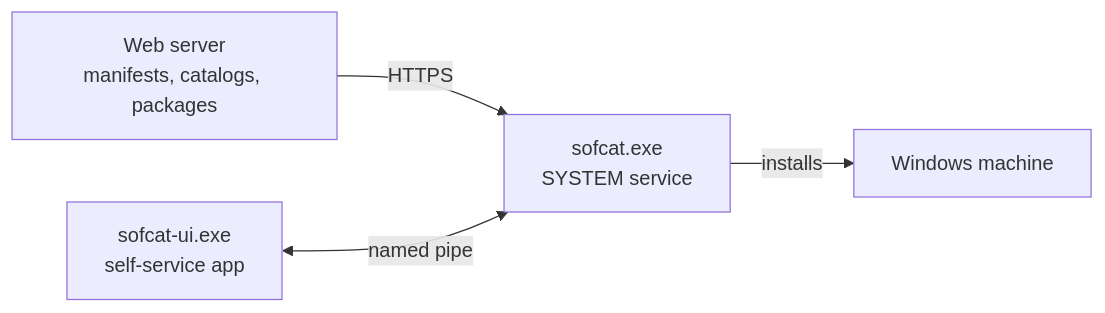
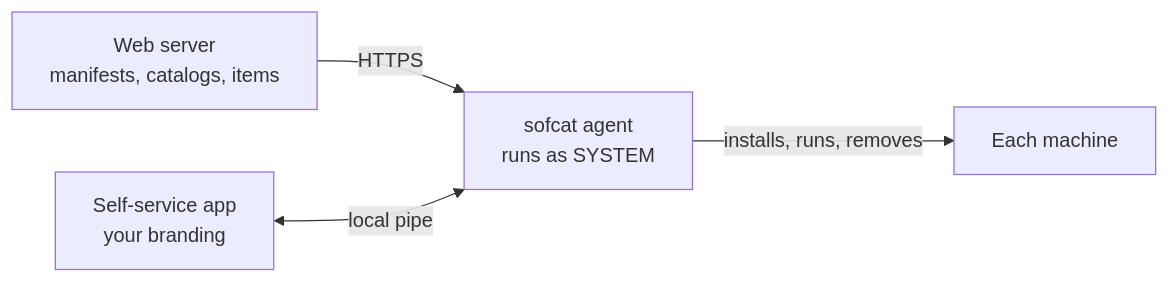
One commit to hurricanehrndz/sofcat changed the diagram in README.md. Above: the diagram before and after it, drawn with Mermaid. The commit also changed other lines of this file and 2 other files, not shown here.

````diff
--- a/README.md
+++ b/README.md
@@ -42,6 +58,6 @@
 ```mermaid
 flowchart LR
-  repo["Web server<br/>manifests, catalogs, packages"] -->|HTTPS| svc["sofcat.exe<br/>SYSTEM service"]
-  svc -->|installs| pc["Windows machine"]
-  ui["sofcat-ui.exe<br/>self-service app"] <-->|named pipe| svc
+  repo["Web server<br/>manifests, catalogs, items"] -->|HTTPS| agent["sofcat agent<br/>runs as SYSTEM"]
+  agent -->|installs, runs, removes| pc["Each machine"]
+  ui["Self-service app<br/>your branding"] <-->|local pipe| agent
 ```
````
